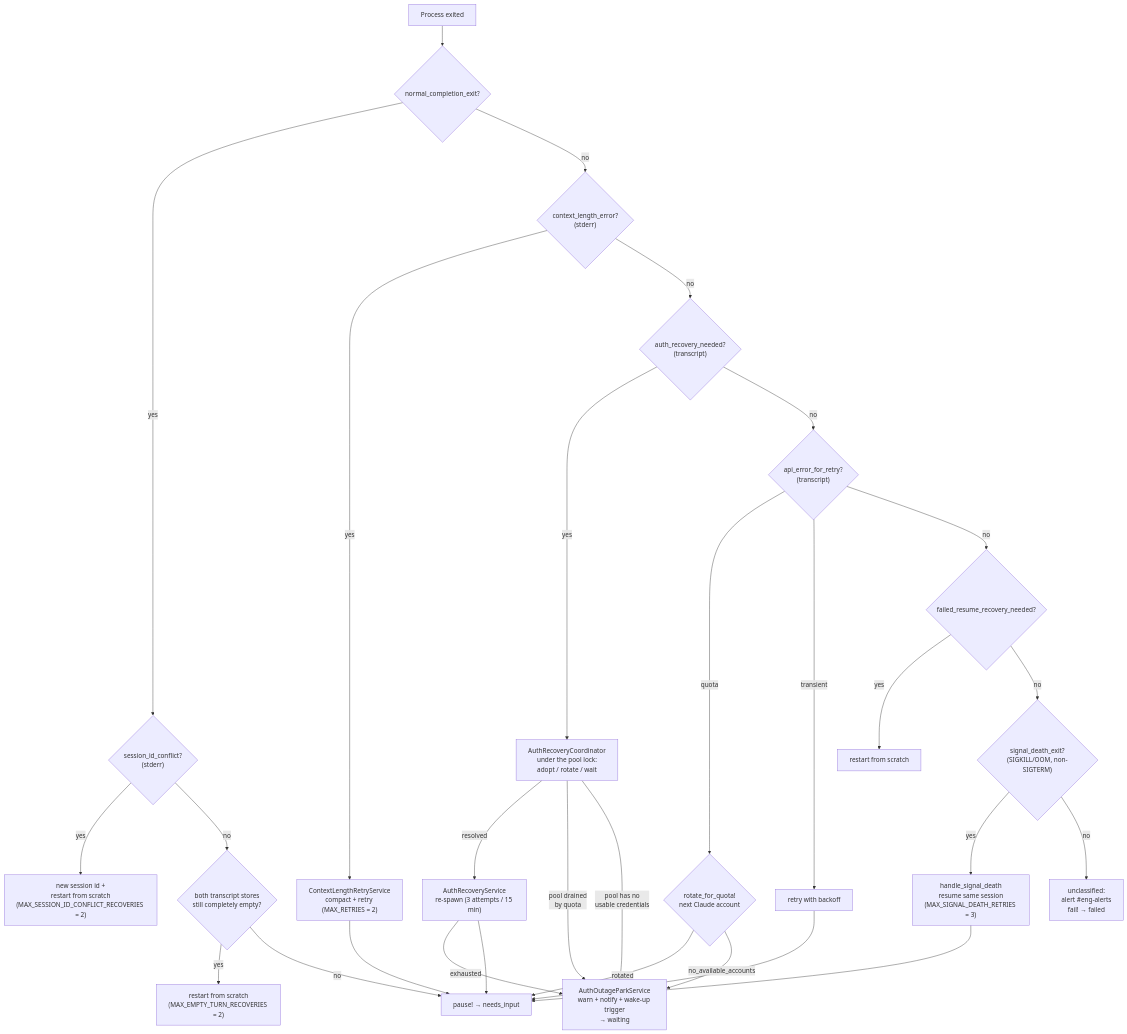
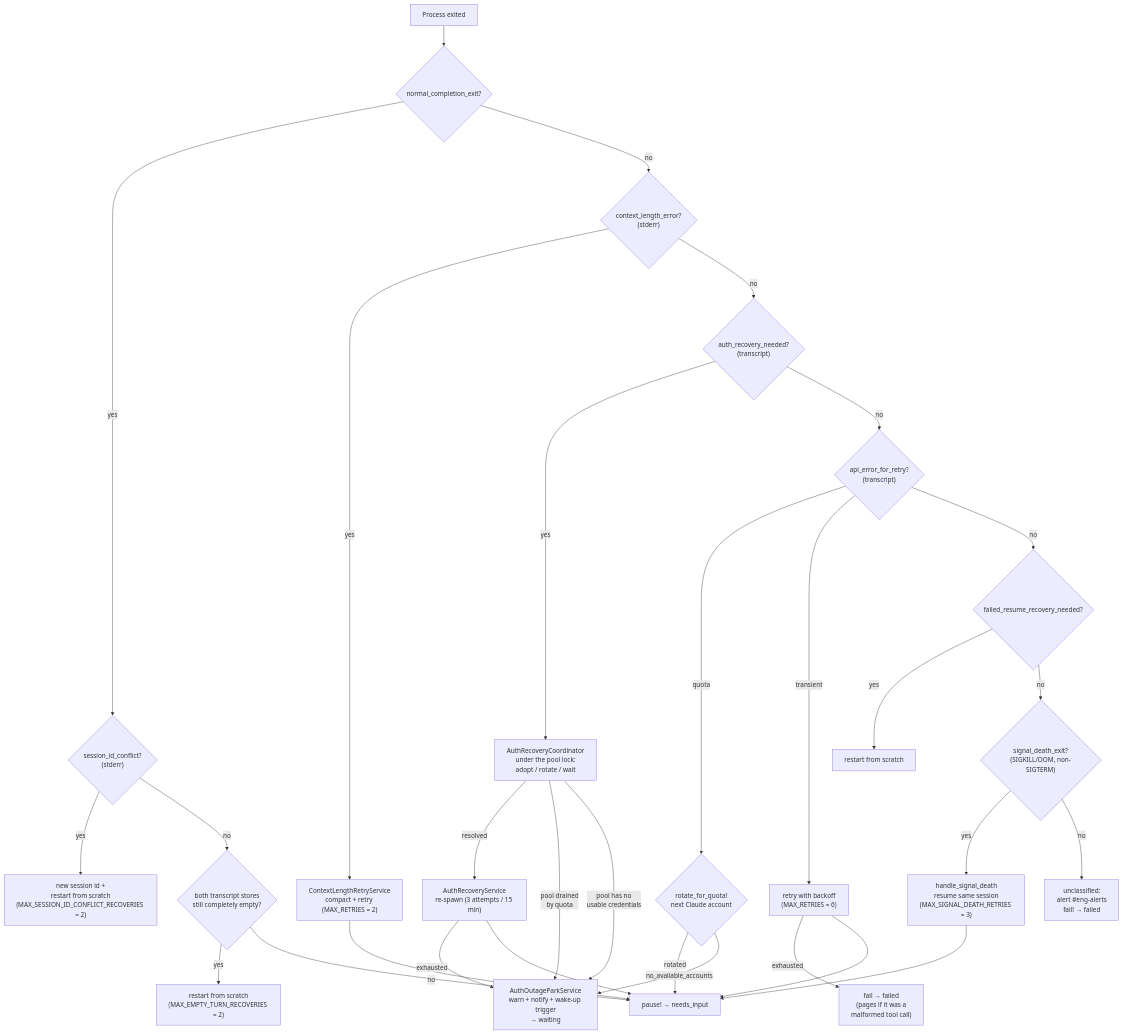
The diagram in docs/src/content/docs/sessions/spawning.md (tadasant/zimmer), drawn with Mermaid before and after one commit. The commit also changed other lines of this file and 4 other files, not shown here.

First line of the commit message:
fix(retry): classify the CLI's untyped malformed-tool-call report as transient

````diff
--- a/docs/src/content/docs/sessions/spawning.md
+++ b/docs/src/content/docs/sessions/spawning.md
@@ -307,31 +307,32 @@
 ```mermaid
 flowchart TD
     E["Process exited"] --> N{"normal_completion_exit?"}
     N -->|yes| SI{"session_id_conflict?<br/>(stderr)"}
     SI -->|yes| SIR["new session id +<br/>restart from scratch<br/>(MAX_SESSION_ID_CONFLICT_RECOVERIES = 2)"]
     SI -->|no| ET{"both transcript stores<br/>still completely empty?"}
     ET -->|yes| ETR["restart from scratch<br/>(MAX_EMPTY_TURN_RECOVERIES = 2)"]
     ET -->|no| P["pause! → needs_input"]
     N -->|no| C{"context_length_error?<br/>(stderr)"}
     C -->|yes| CR["ContextLengthRetryService<br/>compact + retry (MAX_RETRIES = 2)"]
     C -->|no| A{"auth_recovery_needed?<br/>(transcript)"}
     A -->|yes| AC["AuthRecoveryCoordinator<br/>under the pool lock:<br/>adopt / rotate / wait"]
     AC -->|resolved| AR["AuthRecoveryService<br/>re-spawn (3 attempts / 15 min)"]
     AC -->|"pool drained<br/>by quota"| PARK["AuthOutageParkService<br/>warn + notify + wake-up trigger<br/>→ waiting"]
     AC -->|"pool has no<br/>usable credentials"| PARK
     AR -->|exhausted| PARK
     A -->|no| Q{"api_error_for_retry?<br/>(transcript)"}
     Q -->|quota| RO{"rotate_for_quota!<br/>next Claude account"}
     RO -->|rotated| P
     RO -->|no_available_accounts| PARK
-    Q -->|transient| RT["retry with backoff"]
+    Q -->|transient| RT["retry with backoff<br/>(MAX_RETRIES = 6)"]
+    RT -->|exhausted| RTF["fail → failed<br/>(pages if it was a<br/>malformed tool call)"]
     Q -->|no| F{"failed_resume_recovery_needed?"}
     F -->|yes| FR["restart from scratch"]
     F -->|no| SD{"signal_death_exit?<br/>(SIGKILL/OOM, non-SIGTERM)"}
     SD -->|yes| SDR["handle_signal_death<br/>resume same session<br/>(MAX_SIGNAL_DEATH_RETRIES = 3)"]
     SD -->|no| FAIL["unclassified:<br/>alert #eng-alerts<br/>fail! → failed"]
     CR --> P
     AR --> P
     RT --> P
     SDR --> P
 ```
````
